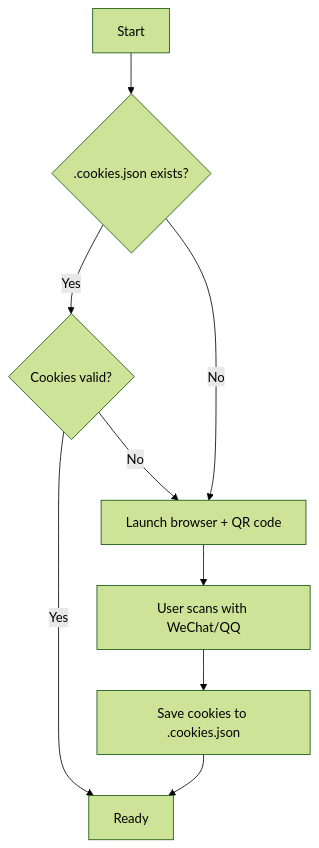
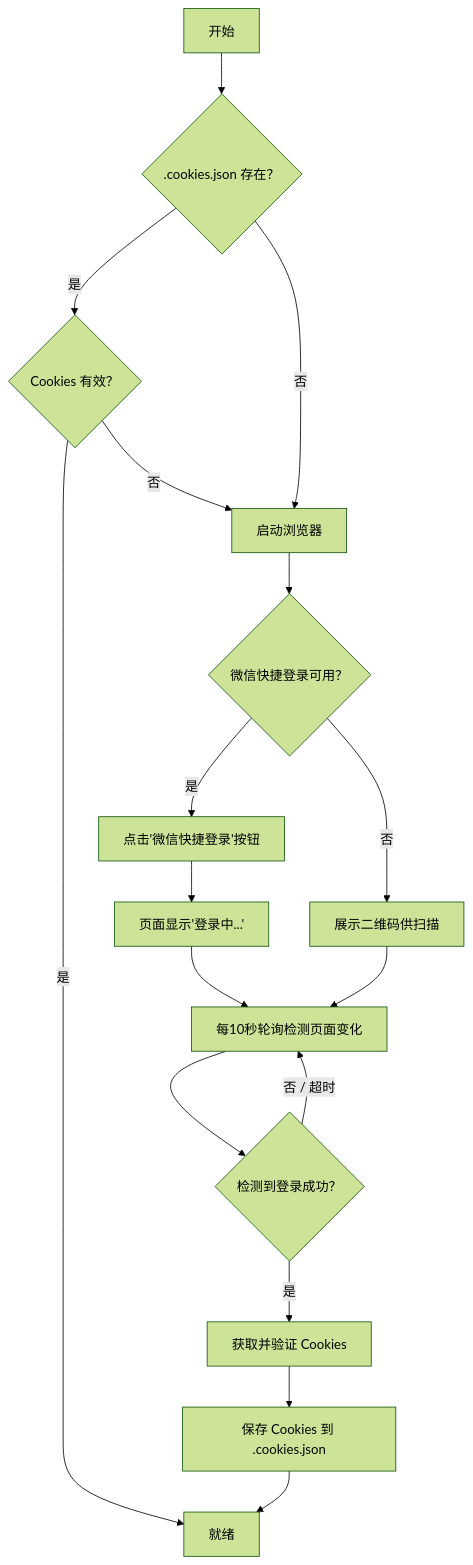
The second of 2 diagrams in SKILL.md (Wscats/tencent-docs-markdown), drawn with Mermaid (forest theme) before and after one commit. The commit also changed other lines of this file and 4 other files, not shown here.

````diff
--- a/SKILL.md
+++ b/SKILL.md
@@ -201,11 +207,19 @@
 ```mermaid
 flowchart TD
-    A[Start] --> B{.cookies.json exists?}
-    B -->|Yes| C{Cookies valid?}
-    B -->|No| D[Launch browser + QR code]
-    C -->|Yes| E[Ready]
-    C -->|No| D
-    D --> F[User scans with WeChat/QQ]
-    F --> G[Save cookies to .cookies.json]
-    G --> E
+    A[开始] --> B{.cookies.json 存在？}
+    B -->|是| C{Cookies 有效？}
+    B -->|否| D[启动浏览器]
+    C -->|是| E[就绪]
+    C -->|否| D
+    D --> F{微信快捷登录可用？}
+    F -->|是| G[点击'微信快捷登录'按钮]
+    G --> H[页面显示'登录中...']
+    H --> I[每10秒轮询检测页面变化]
+    F -->|否| J[展示二维码供扫描]
+    J --> I
+    I --> K{检测到登录成功？}
+    K -->|是| L[获取并验证 Cookies]
+    K -->|否 / 超时| I
+    L --> M[保存 Cookies 到 .cookies.json]
+    M --> E
 ```
````
